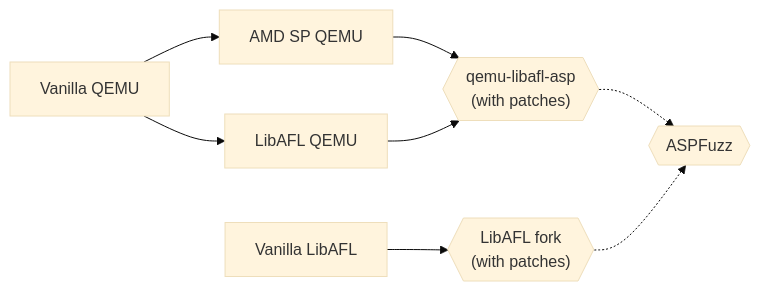
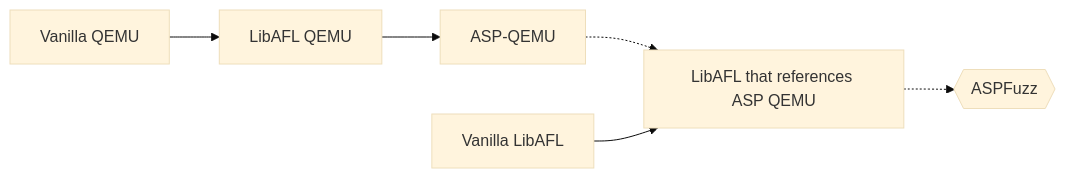
The first of 2 diagrams in README.md (vringar/ASPFuzz), drawn with Mermaid (base theme) before and after one commit. The commit also changed 6 other files, not shown here.

````diff
--- a/README.md
+++ b/README.md
@@ -7,22 +7,19 @@
 ```mermaid
 flowchart LR;
 
 VanillaQemu["Vanilla QEMU"];
-PSPQemu["AMD SP QEMU"];
 LibAFLQemu["LibAFL QEMU"];
-LibAFLPSPQemu{{"qemu-libafl-asp\n(with patches)"}};
+ASPQEMU["ASP-QEMU"];
 
 VanillaLibAFL["Vanilla LibAFL"];
-ASPLibAFL{{"LibAFL fork\n(with patches)"}};
+ASPLibAFL["LibAFL that references ASP QEMU"];
 
 ASPFuzz{{"ASPFuzz"}};
 
-VanillaQemu --> PSPQemu;
-PSPQemu --> LibAFLPSPQemu;
 VanillaQemu --> LibAFLQemu;
-LibAFLQemu --> LibAFLPSPQemu;
-LibAFLPSPQemu -.-> ASPFuzz;
+LibAFLQemu --> ASPQEMU;
+ASPQEMU -.-> ASPLibAFL;
 
-VanillaLibAFL --> ASPLibAFL;
+VanillaLibAFL --> ASPLibAFL
 ASPLibAFL -.-> ASPFuzz;
 ```
````
